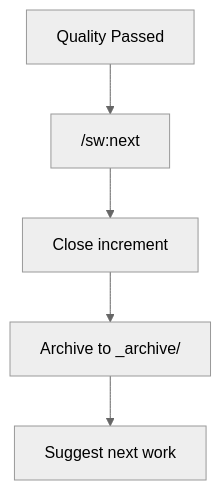
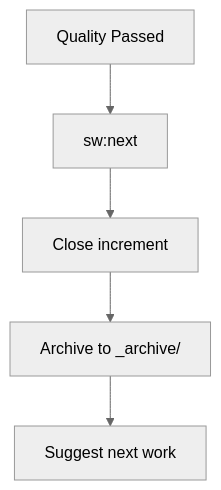
One commit to anton-abyzov/specweave changed the fourth of 4 diagrams in docs-site/docs/reference/use-case-guide.md. Above: the diagram before and after it, drawn with Mermaid (neutral theme). The commit also changed other lines of this file and 328 other files, not shown here.

````diff
--- a/docs-site/docs/reference/use-case-guide.md
+++ b/docs-site/docs/reference/use-case-guide.md
@@ -235,7 +235,7 @@
 ```mermaid
 graph TD
-    A[Quality Passed] --> B["/sw:next"]
+    A[Quality Passed] --> B["sw:next"]
     B --> C[Close increment]
     C --> D[Archive to _archive/]
     D --> E[Suggest next work]
 ```
````
